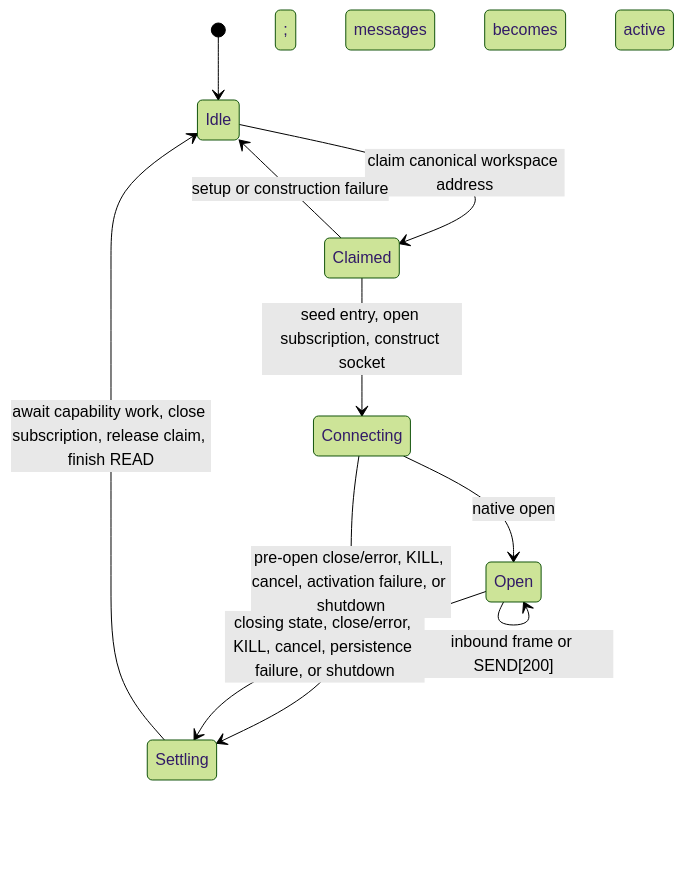
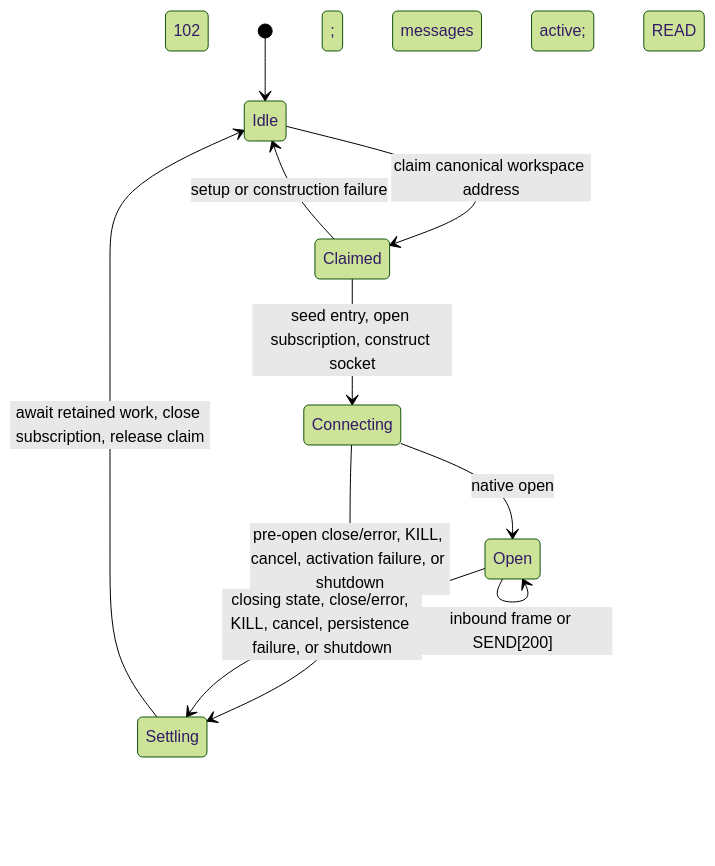
Before and after one commit to plurnk/plurnk-service: the second of 2 diagrams in plurnk-schemes-http/SPEC.md, drawn with Mermaid (forest theme). The commit also changed other lines of this file and 4 other files, not shown here.

````diff
--- a/plurnk-schemes-http/SPEC.md
+++ b/plurnk-schemes-http/SPEC.md
@@ -312,12 +319,12 @@
 ```mermaid
 stateDiagram-v2
     [*] --> Idle
     Idle --> Claimed: claim canonical workspace address
     Claimed --> Connecting: seed entry, open subscription, construct socket
     Claimed --> Idle: setup or construction failure
-    Connecting --> Open: native open; messages becomes active
+    Connecting --> Open: native open; messages active; READ 102
     Connecting --> Settling: pre-open close/error, KILL, cancel, activation failure, or shutdown
     Open --> Open: inbound frame or SEND[200]
     Open --> Settling: closing state, close/error, KILL, cancel, persistence failure, or shutdown
-    Settling --> Idle: await capability work, close subscription, release claim, finish READ
+    Settling --> Idle: await retained work, close subscription, release claim
 ```
````
